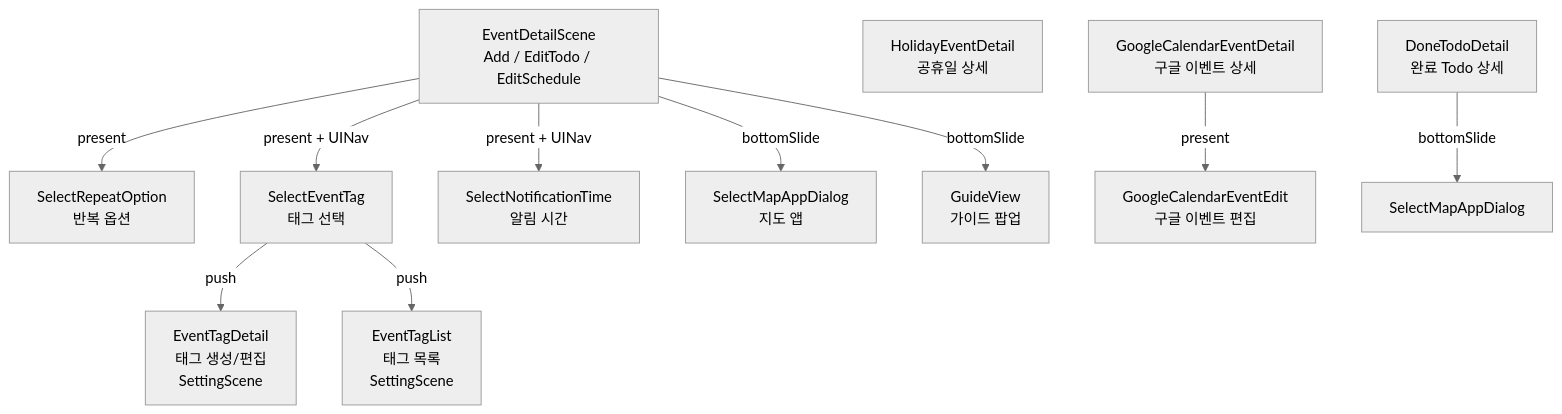
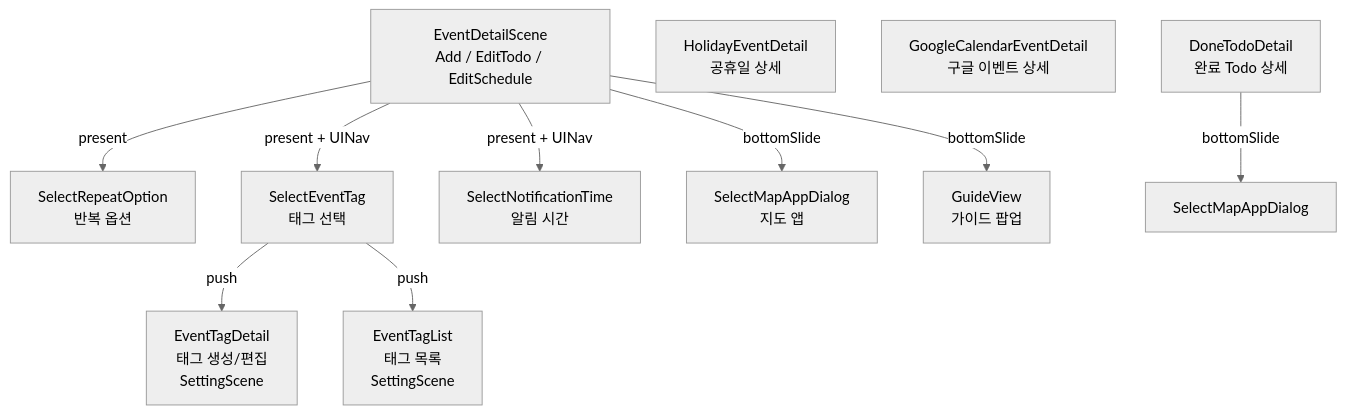
The first of 4 diagrams in Presentations/EventDetailScene/CLAUDE.md (sudopark/TodoCalendar), drawn with Mermaid (neutral theme) before and after one commit. The commit also changed other lines of this file and 55 other files, not shown here.

````diff
--- a/Presentations/EventDetailScene/CLAUDE.md
+++ b/Presentations/EventDetailScene/CLAUDE.md
@@ -13,15 +13,15 @@
 ```mermaid
 graph TD
     ED[EventDetailScene<br/>Add / EditTodo / EditSchedule] -->|present| RO[SelectRepeatOption<br/>반복 옵션]
     ED -->|present + UINav| ET[SelectEventTag<br/>태그 선택]
     ED -->|present + UINav| NT[SelectNotificationTime<br/>알림 시간]
     ED -->|bottomSlide| MA[SelectMapAppDialog<br/>지도 앱]
     ED -->|bottomSlide| GV[GuideView<br/>가이드 팝업]
 
     ET -->|push| ETD[EventTagDetail<br/>태그 생성/편집<br/>SettingScene]
     ET -->|push| ETL[EventTagList<br/>태그 목록<br/>SettingScene]
 
     HD[HolidayEventDetail<br/>공휴일 상세]
-    GD[GoogleCalendarEventDetail<br/>구글 이벤트 상세] -->|present| GE[GoogleCalendarEventEdit<br/>구글 이벤트 편집]
+    GD[GoogleCalendarEventDetail<br/>구글 이벤트 상세]
     DD[DoneTodoDetail<br/>완료 Todo 상세] -->|bottomSlide| MA2[SelectMapAppDialog]
 ```
````
